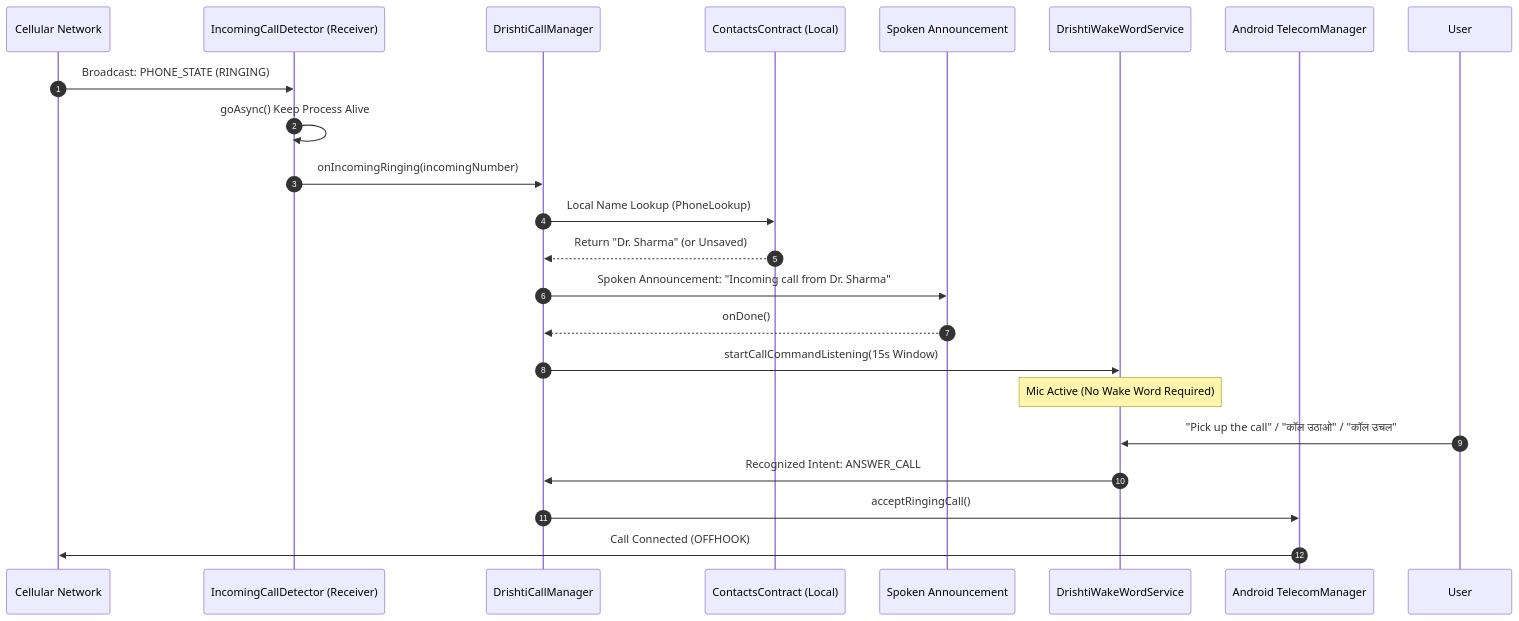
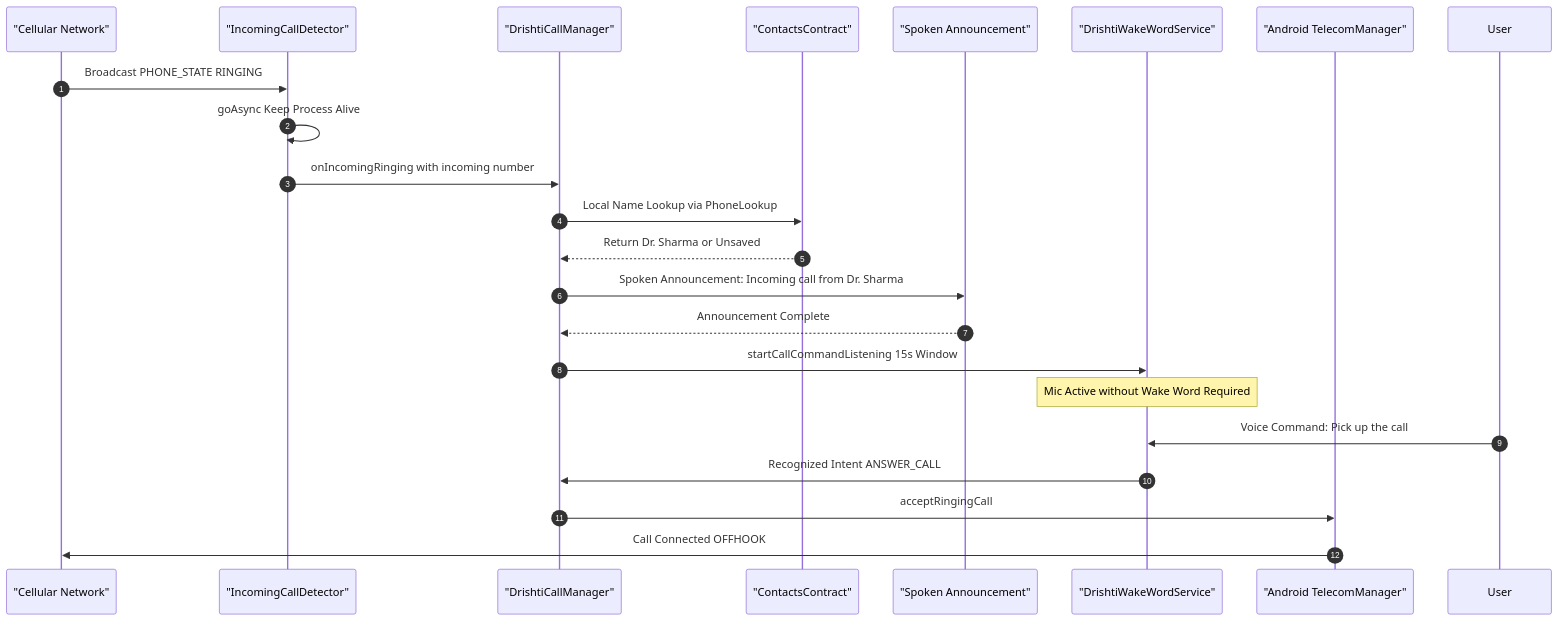
One commit to chetanngavali/DrishtiAi changed the diagram in docs/android-app/call-management.md. Above: the diagram before and after it, drawn with Mermaid. The commit also changed 17 other files, not shown here.

Commit message:
docs: sanitize all Mermaid diagram syntax for GitHub markdown renderer

````diff
--- a/docs/android-app/call-management.md
+++ b/docs/android-app/call-management.md
@@ -7,25 +7,25 @@
 ```mermaid
 sequenceDiagram
     autonumber
-    participant Cell as Cellular Network
-    participant Recv as IncomingCallDetector (Receiver)
-    participant CallMgr as DrishtiCallManager
-    participant Contacts as ContactsContract (Local)
-    participant TTS as Spoken Announcement
-    participant Mic as DrishtiWakeWordService
-    participant Telecom as Android TelecomManager
+    participant Cell as "Cellular Network"
+    participant Recv as "IncomingCallDetector"
+    participant CallMgr as "DrishtiCallManager"
+    participant Contacts as "ContactsContract"
+    participant TTS as "Spoken Announcement"
+    participant Mic as "DrishtiWakeWordService"
+    participant Telecom as "Android TelecomManager"
 
-    Cell->>Recv: Broadcast: PHONE_STATE (RINGING)
-    Recv->>Recv: goAsync() Keep Process Alive
-    Recv->>CallMgr: onIncomingRinging(incomingNumber)
-    CallMgr->>Contacts: Local Name Lookup (PhoneLookup)
-    Contacts-->>CallMgr: Return "Dr. Sharma" (or Unsaved)
-    CallMgr->>TTS: Spoken Announcement: "Incoming call from Dr. Sharma"
-    TTS-->>CallMgr: onDone()
-    CallMgr->>Mic: startCallCommandListening(15s Window)
-    Note over Mic: Mic Active (No Wake Word Required)
-    User->>Mic: "Pick up the call" / "कॉल उठाओ" / "कॉल उचल"
-    Mic->>CallMgr: Recognized Intent: ANSWER_CALL
-    CallMgr->>Telecom: acceptRingingCall()
-    Telecom->>Cell: Call Connected (OFFHOOK)
+    Cell->>Recv: Broadcast PHONE_STATE RINGING
+    Recv->>Recv: goAsync Keep Process Alive
+    Recv->>CallMgr: onIncomingRinging with incoming number
+    CallMgr->>Contacts: Local Name Lookup via PhoneLookup
+    Contacts-->>CallMgr: Return Dr. Sharma or Unsaved
+    CallMgr->>TTS: Spoken Announcement: Incoming call from Dr. Sharma
+    TTS-->>CallMgr: Announcement Complete
+    CallMgr->>Mic: startCallCommandListening 15s Window
+    Note over Mic: Mic Active without Wake Word Required
+    User->>Mic: Voice Command: Pick up the call
+    Mic->>CallMgr: Recognized Intent ANSWER_CALL
+    CallMgr->>Telecom: acceptRingingCall
+    Telecom->>Cell: Call Connected OFFHOOK
 ```
````
